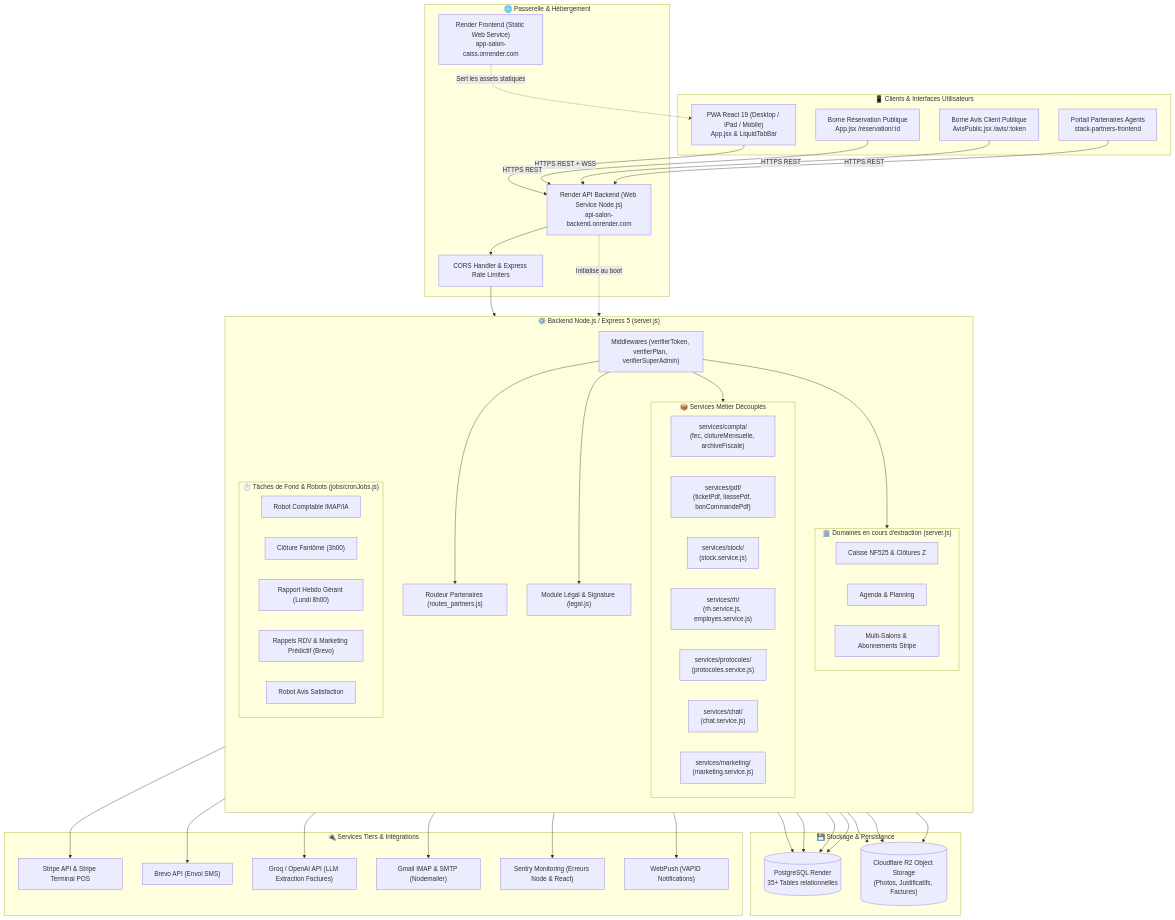
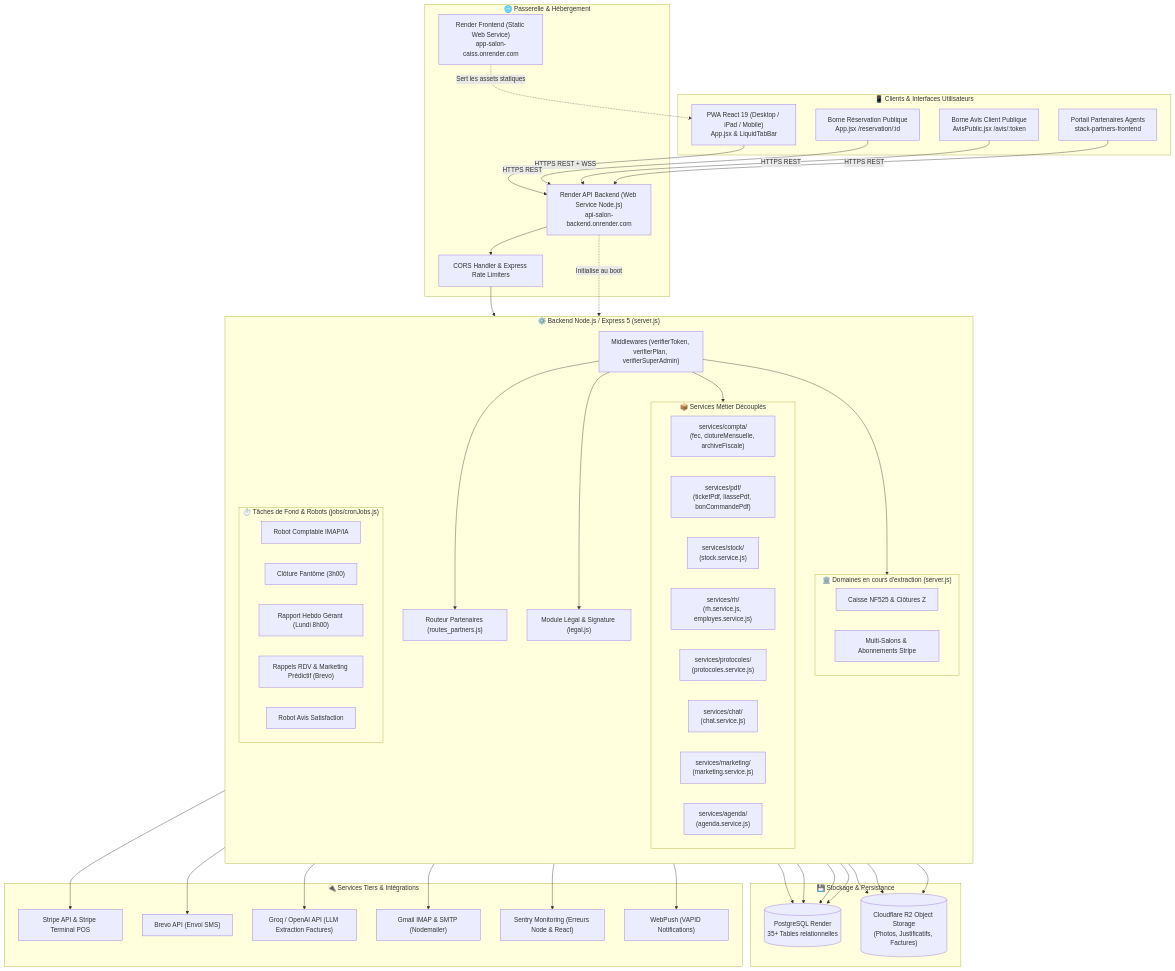
The first of 5 diagrams in docs/ARCHITECTURE.md (valentin-td/APP), drawn with Mermaid before and after one commit. The commit also changed other lines of this file and 4 other files, not shown here.

Commit message:
refactor: extraction du module agenda et reservations publiques (services/agenda)

```diff
--- a/docs/ARCHITECTURE.md
+++ b/docs/ARCHITECTURE.md
@@ -52,11 +52,11 @@
             SRV_Proto["services/protocoles/<br/>(protocoles.service.js)"]
             SRV_Chat["services/chat/<br/>(chat.service.js)"]
             SRV_Mktg["services/marketing/<br/>(marketing.service.js)"]
+            SRV_Agenda["services/agenda/<br/>(agenda.service.js)"]
         end
 
         subgraph CoreMonolith["🏛️ Domaines en cours d'extraction (server.js)"]
             DomainCaisse["Caisse NF525 & Clôtures Z"]
-            DomainAgenda["Agenda & Planning"]
             DomainSalons["Multi-Salons & Abonnements Stripe"]
         end
 
```
